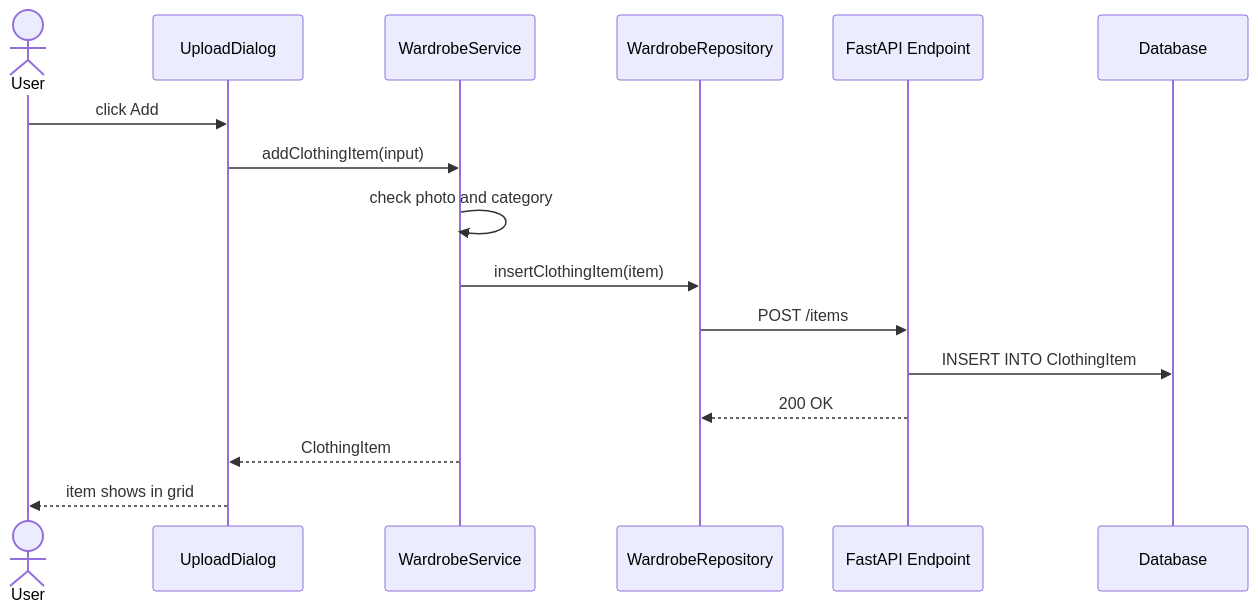
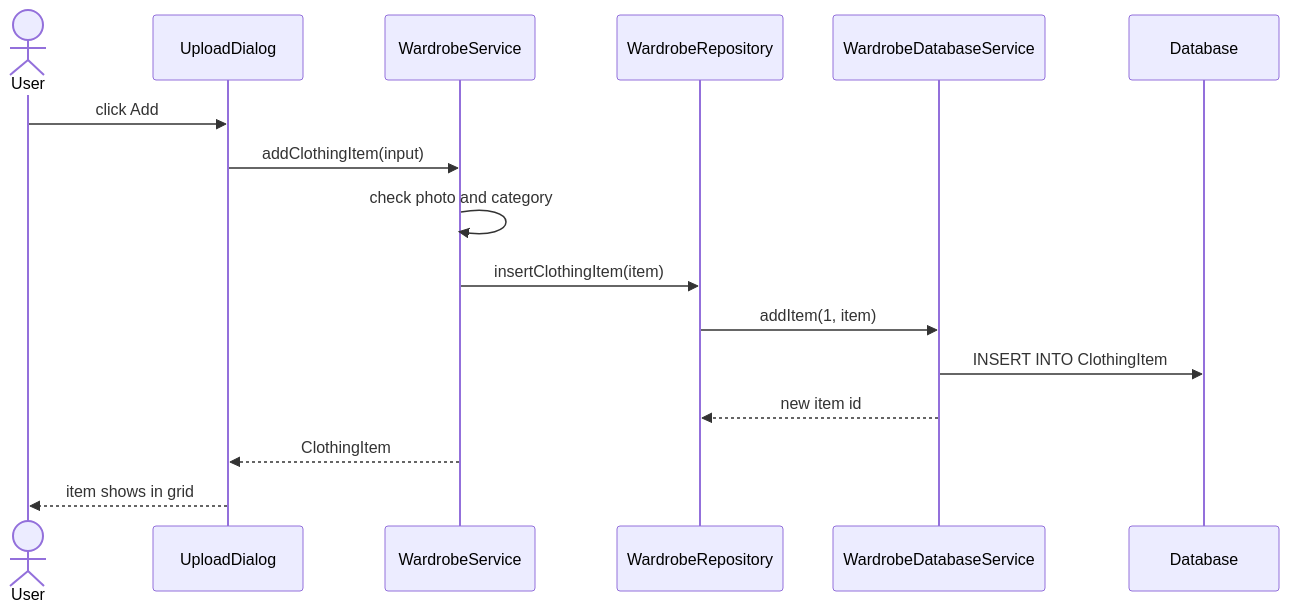
One commit to declanbuckley6218/stAIlistic changed the third of 4 diagrams in docs/diagrams/add-button.md. Above: the diagram before and after it, drawn with Mermaid. The commit also changed other lines of this file and 8 other files, not shown here.

Commit message:
save uploaded items to the database

````diff
--- a/docs/diagrams/add-button.md
+++ b/docs/diagrams/add-button.md
@@ -68,18 +68,18 @@
 ```mermaid
 sequenceDiagram
     actor User
     participant UploadDialog
     participant WardrobeService
     participant WardrobeRepository
-    participant FastAPIEndpoint as FastAPI Endpoint
+    participant WardrobeDatabaseService
     participant Database
     User->>UploadDialog: click Add
     UploadDialog->>WardrobeService: addClothingItem(input)
     WardrobeService->>WardrobeService: check photo and category
     WardrobeService->>WardrobeRepository: insertClothingItem(item)
-    WardrobeRepository->>FastAPIEndpoint: POST /items
-    FastAPIEndpoint->>Database: INSERT INTO ClothingItem
-    FastAPIEndpoint-->>WardrobeRepository: 200 OK
+    WardrobeRepository->>WardrobeDatabaseService: addItem(1, item)
+    WardrobeDatabaseService->>Database: INSERT INTO ClothingItem
+    WardrobeDatabaseService-->>WardrobeRepository: new item id
     WardrobeService-->>UploadDialog: ClothingItem
     UploadDialog-->>User: item shows in grid
 ```
````
